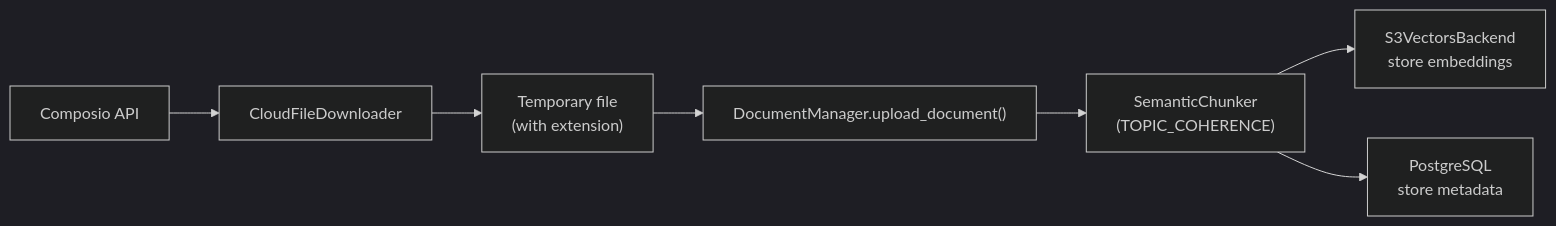
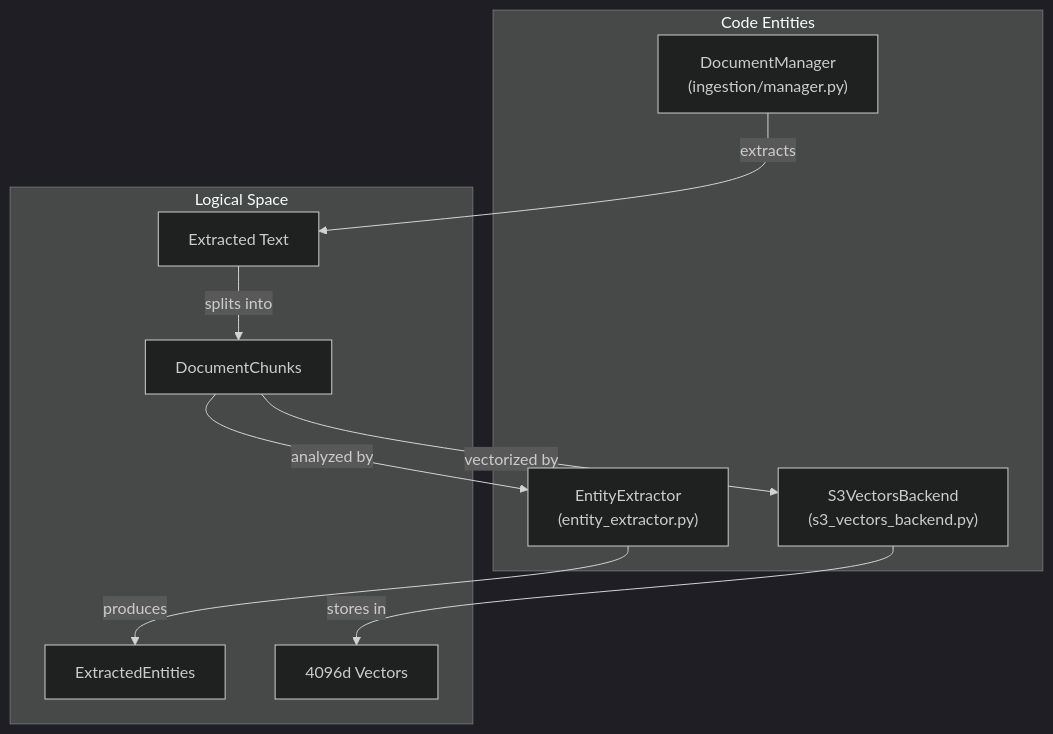
Before and after one commit to AutomatosAI/automatos-ai: the third of 3 diagrams in docs/knowledge-base-rag/semantic-chunking-strategies.md, drawn with Mermaid (dark theme). The commit also changed other lines of this file and 149 other files, not shown here.

Commit message:
docs: refresh documentation with graphify semantic scan

````diff
--- a/docs/knowledge-base-rag/semantic-chunking-strategies.md
+++ b/docs/knowledge-base-rag/semantic-chunking-strategies.md
@@ -598,9 +203,22 @@
 ```mermaid
-graph LR
-    CloudAPI["Composio API"] --> Download["CloudFileDownloader"]
-    Download --> TempFile["Temporary file<br/>(with extension)"]
-    TempFile --> DocManager["DocumentManager.upload_document()"]
-    DocManager --> Chunker["SemanticChunker<br/>(TOPIC_COHERENCE)"]
-    Chunker --> S3Vectors["S3VectorsBackend<br/>store embeddings"]
-    Chunker --> PostgreSQL["PostgreSQL<br/>store metadata"]
+graph TD
+    subgraph "Code Entities"
+        EE["EntityExtractor<br/>(entity_extractor.py)"]
+        DM["DocumentManager<br/>(ingestion/manager.py)"]
+        SVB["S3VectorsBackend<br/>(s3_vectors_backend.py)"]
+    end
+
+    subgraph "Logical Space"
+        Text["Extracted Text"]
+        Chunks["DocumentChunks"]
+        Entities["ExtractedEntities"]
+        Vectors["4096d Vectors"]
+    end
+
+    DM -- "extracts" --> Text
+    Text -- "splits into" --> Chunks
+    Chunks -- "analyzed by" --> EE
+    EE -- "produces" --> Entities
+    Chunks -- "vectorized by" --> SVB
+    SVB -- "stores in" --> Vectors
 ```
````
